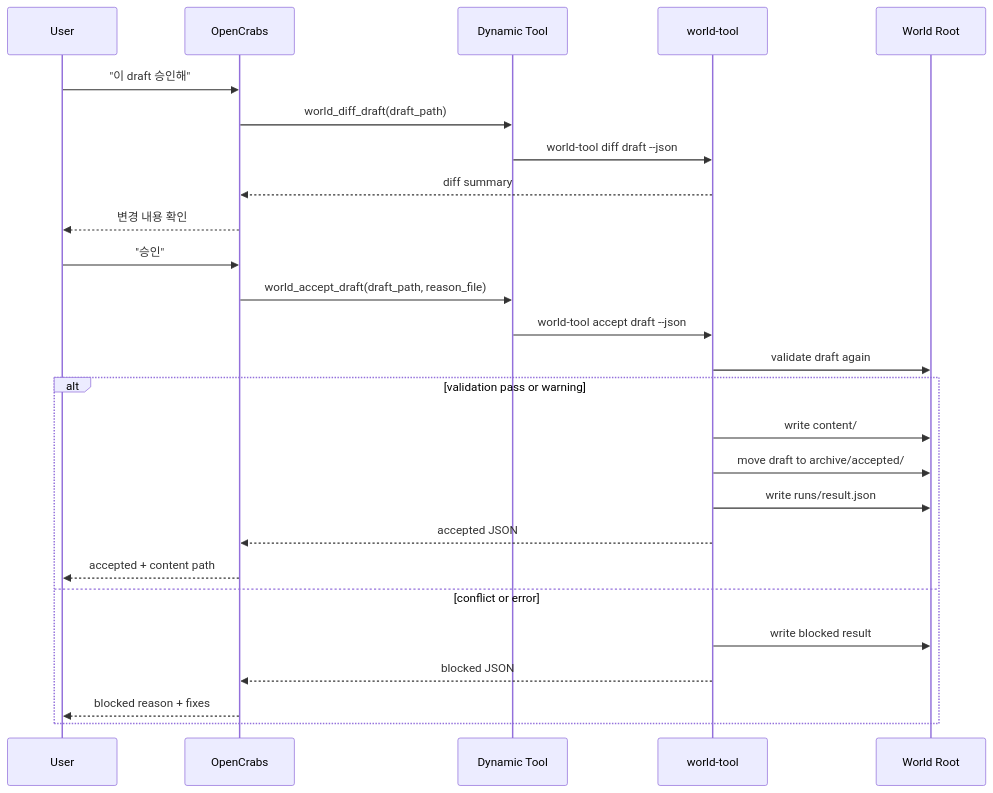
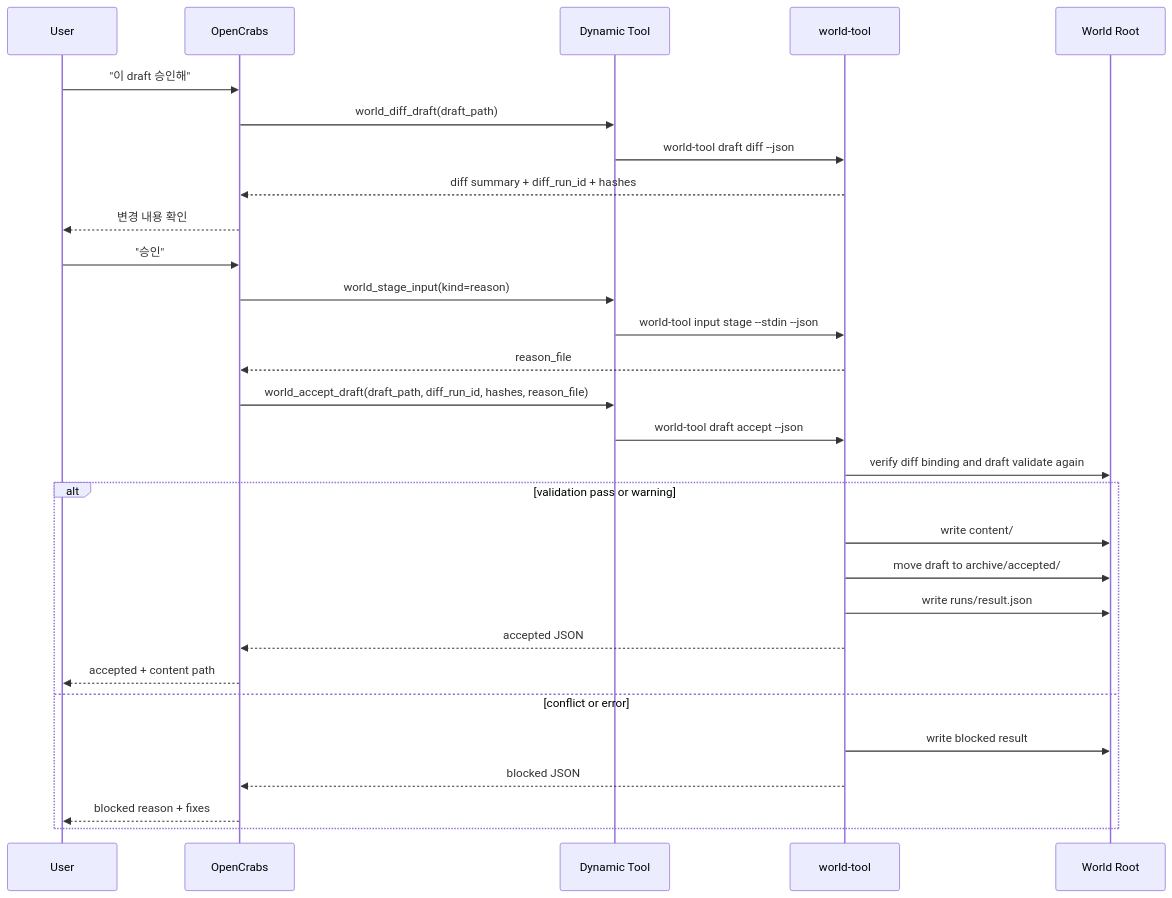
Before and after one commit to hoonzinope/world-building-harness: the fourth of 5 diagrams in docs/system-design.md, drawn with Mermaid. The commit also changed other lines of this file and 12 other files, not shown here.

````diff
--- a/docs/system-design.md
+++ b/docs/system-design.md
@@ -121,29 +131,32 @@
 ```mermaid
 sequenceDiagram
     participant User
     participant OpenCrabs
     participant Tool as Dynamic Tool
     participant WT as world-tool
     participant World as World Root
 
     User->>OpenCrabs: "이 draft 승인해"
     OpenCrabs->>Tool: world_diff_draft(draft_path)
-    Tool->>WT: world-tool diff draft --json
-    WT-->>OpenCrabs: diff summary
+    Tool->>WT: world-tool draft diff --json
+    WT-->>OpenCrabs: diff summary + diff_run_id + hashes
     OpenCrabs-->>User: 변경 내용 확인
     User->>OpenCrabs: "승인"
-    OpenCrabs->>Tool: world_accept_draft(draft_path, reason_file)
-    Tool->>WT: world-tool accept draft --json
-    WT->>World: validate draft again
+    OpenCrabs->>Tool: world_stage_input(kind=reason)
+    Tool->>WT: world-tool input stage --stdin --json
+    WT-->>OpenCrabs: reason_file
+    OpenCrabs->>Tool: world_accept_draft(draft_path, diff_run_id, hashes, reason_file)
+    Tool->>WT: world-tool draft accept --json
+    WT->>World: verify diff binding and draft validate again
     alt validation pass or warning
         WT->>World: write content/
         WT->>World: move draft to archive/accepted/
         WT->>World: write runs/result.json
         WT-->>OpenCrabs: accepted JSON
         OpenCrabs-->>User: accepted + content path
     else conflict or error
         WT->>World: write blocked result
         WT-->>OpenCrabs: blocked JSON
         OpenCrabs-->>User: blocked reason + fixes
     end
 ```
````
